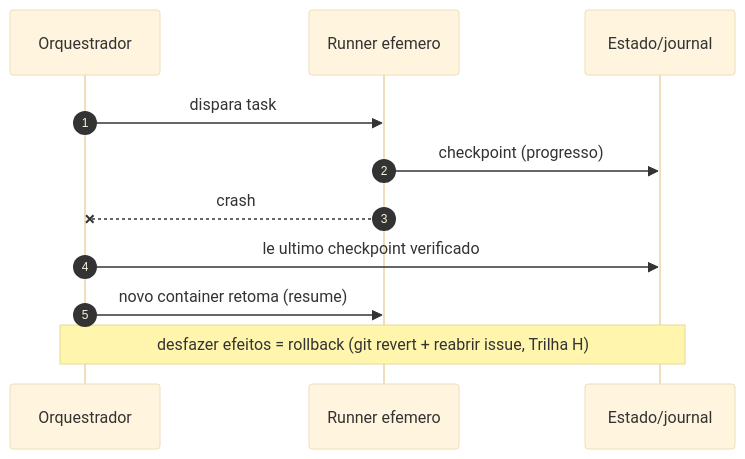
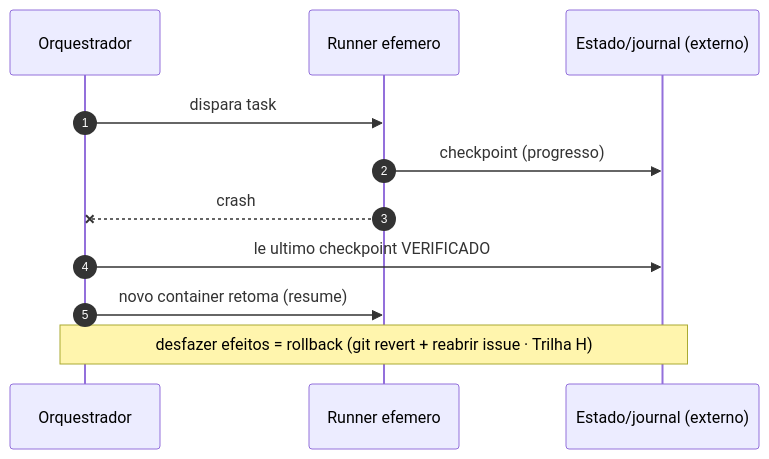
The ninth of 9 diagrams in research/ARCHITECTURE-C4.md (CenturyBoys/roboto), drawn with Mermaid before and after one commit. The commit also changed other lines of this file, not shown here.

First line of the commit message:
docs(research): ARCHITECTURE-C4 rev6 — flowchart estilo viva (layout + profundidade)

````diff
--- a/research/ARCHITECTURE-C4.md
+++ b/research/ARCHITECTURE-C4.md
@@ -289,14 +312,13 @@
 ```mermaid
-%%{init: {'theme':'base', 'themeVariables': {'background':'#FBF3DE'}}}%%
 sequenceDiagram
   autonumber
   participant Orq as Orquestrador
   participant R as Runner efemero
-  participant St as Estado/journal
+  participant St as Estado/journal (externo)
   Orq->>R: dispara task
   R->>St: checkpoint (progresso)
   R--xOrq: crash
-  Orq->>St: le ultimo checkpoint verificado
+  Orq->>St: le ultimo checkpoint VERIFICADO
   Orq->>R: novo container retoma (resume)
-  note over Orq,St: desfazer efeitos = rollback (git revert + reabrir issue, Trilha H)
+  note over Orq,St: desfazer efeitos = rollback (git revert + reabrir issue · Trilha H)
 ```
````
